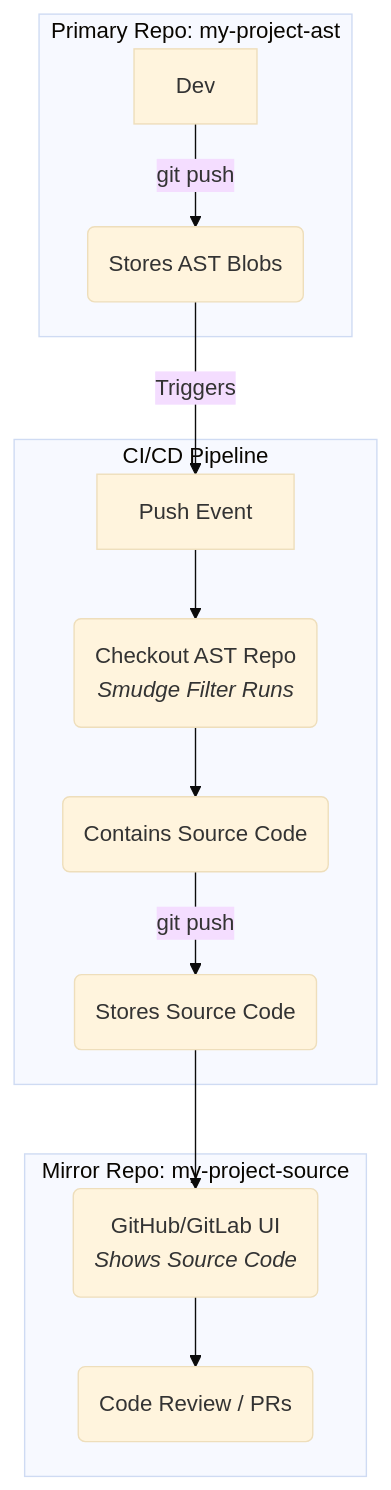
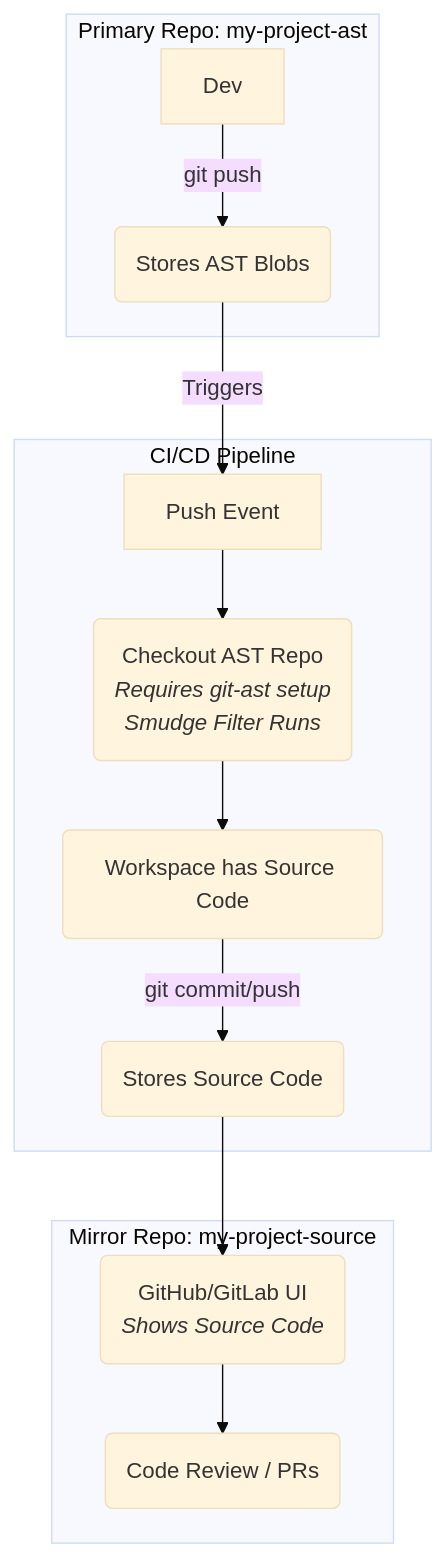
Before and after one commit to bdelanghe/git-ast: the second of 2 diagrams in docs/technical-architecture/clean-smudge-filters.md, drawn with Mermaid (base theme). The commit also changed other lines of this file and 10 other files, not shown here.

````diff
--- a/docs/technical-architecture/clean-smudge-filters.md
+++ b/docs/technical-architecture/clean-smudge-filters.md
@@ -198,20 +163,20 @@
 ```mermaid
 graph TD
     subgraph Local Development [Primary Repo: my-project-ast]
         Dev -- git push --> AST_Repo(Stores AST Blobs)
     end
 
     subgraph CI/CD Pipeline
-        Trigger[Push Event] --> Checkout(Checkout AST Repo<br/><i>Smudge Filter Runs</i>)
-        Checkout --> Workspace(Contains Source Code)
-        Workspace -- git push --> Source_Repo
+        Trigger[Push Event] --> Checkout(Checkout AST Repo<br/><i>Requires git-ast setup<br/>Smudge Filter Runs</i>)
+        Checkout --> Workspace(Workspace has Source Code)
+        Workspace -- git commit/push --> Source_Repo
     end
 
     subgraph Collaboration Platform [Mirror Repo: my-project-source]
          Source_Repo(Stores Source Code)
          Source_Repo --> GitHub(GitHub/GitLab UI<br/><i>Shows Source Code</i>)
          GitHub --> Reviewer(Code Review / PRs)
     end
 
     AST_Repo -- Triggers --> Trigger
 ```
````
